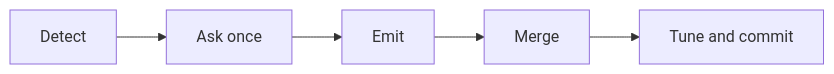
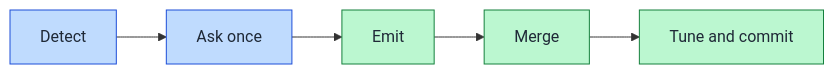
One commit to victusfate/scaffold changed the diagram in docs/diagrams/pages/add-linter.md. Above: the diagram before and after it, drawn with Mermaid. The commit also changed other lines of this file and 20 other files, not shown here.

First line of the commit message:
docs(diagram-explorer-md): lane colors from the diagram palette; short LLM block

````diff
--- a/docs/diagrams/pages/add-linter.md
+++ b/docs/diagrams/pages/add-linter.md
@@ -7,7 +7,11 @@
 ```mermaid
 flowchart LR
   n_detect["Detect"] --> n_ask["Ask once"]
   n_ask["Ask once"] --> n_emit["Emit"]
   n_emit["Emit"] --> n_merge["Merge"]
   n_merge["Merge"] --> n_finish["Tune and commit"]
+  classDef lane0 fill:#bfdbfe,stroke:#1d4ed8,color:#1f2937
+  classDef lane1 fill:#bbf7d0,stroke:#15803d,color:#1f2937
+  class n_detect,n_ask lane0
+  class n_emit,n_merge,n_finish lane1
 ```
````
